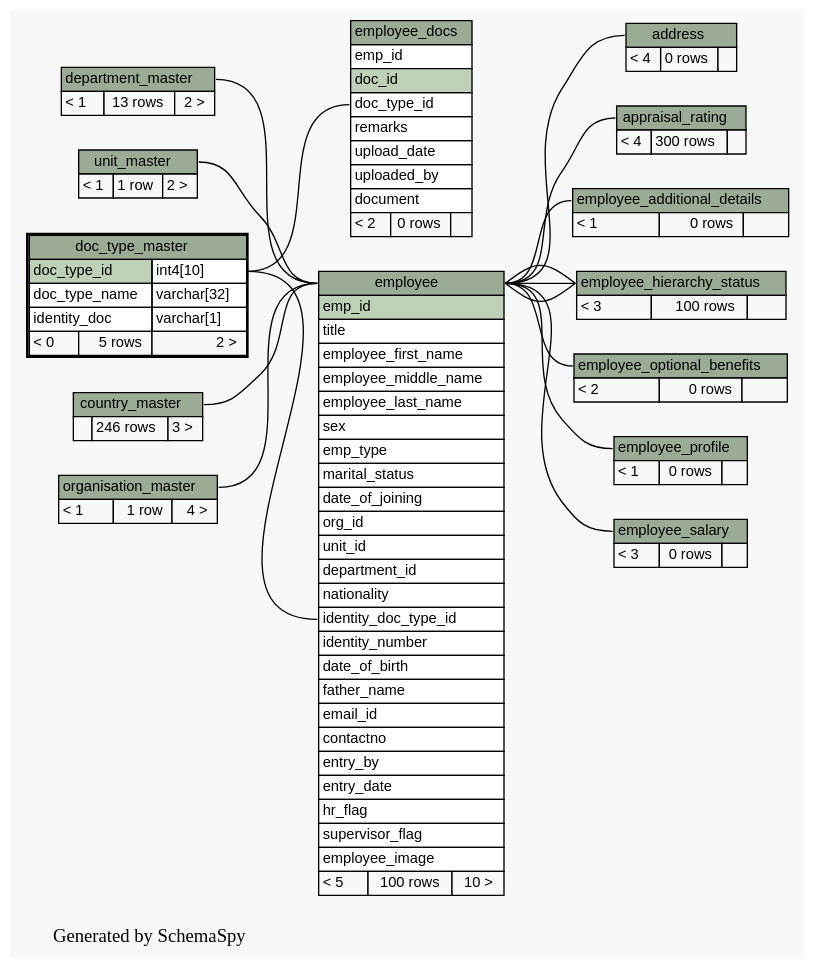
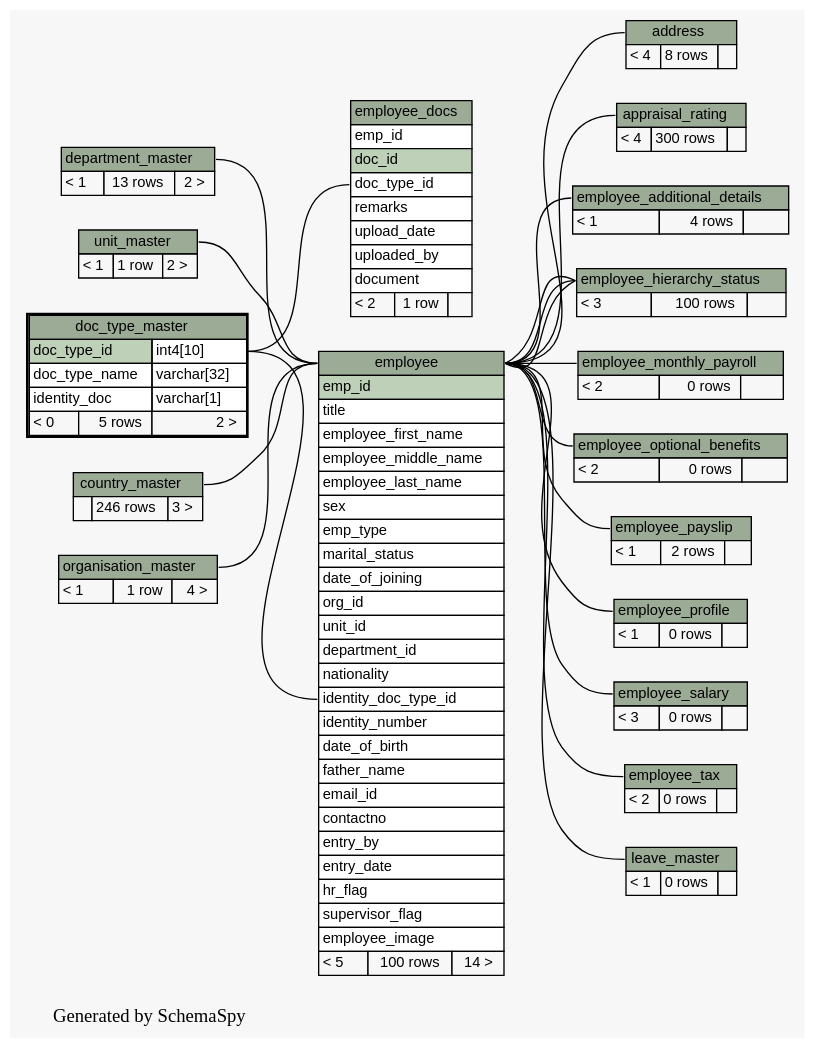
One commit to engineerscraft/hrms changed the diagram in docs/database/schemaspy/graphs/doc_type_master.2degrees.dot. Above: the diagram before and after it, drawn with Graphviz. The commit also changed 235 other files, not shown here.

Commit message:
Updated schemaspy

```diff
--- a/docs/database/schemaspy/graphs/doc_type_master.2degrees.dot
+++ b/docs/database/schemaspy/graphs/doc_type_master.2degrees.dot
@@ -1,4 +1,4 @@
-// dot 2.38.0 on Windows 7 6.1
+// dot 2.38.0 on Windows 8.1 6.3
 digraph "twoDegreesRelationshipsGraph" {
   graph [
     rankdir="RL"
@@ -26,14 +26,18 @@
   "employee_hierarchy_status":"employee_hierarchy_status.heading":w -> "employee":"employee.heading":e [arrowtail=tee arrowhead=none];
   "employee_hierarchy_status":"employee_hierarchy_status.heading":w -> "employee":"employee.heading":e [arrowtail=crowodot arrowhead=none];
   "employee_hierarchy_status":"employee_hierarchy_status.heading":w -> "employee":"employee.heading":e [arrowtail=crowodot arrowhead=none];
+  "employee_monthly_payroll":"employee_monthly_payroll.heading":w -> "employee":"employee.heading":e [arrowtail=crowodot arrowhead=none];
   "employee_optional_benefits":"employee_optional_benefits.heading":w -> "employee":"employee.heading":e [arrowtail=crowodot arrowhead=none];
+  "employee_payslip":"employee_payslip.heading":w -> "employee":"employee.heading":e [arrowtail=crowodot arrowhead=none];
   "employee_profile":"employee_profile.heading":w -> "employee":"employee.heading":e [arrowtail=tee arrowhead=none];
   "employee_salary":"employee_salary.heading":w -> "employee":"employee.heading":e [arrowtail=crowtee arrowhead=none];
+  "employee_tax":"employee_tax.heading":w -> "employee":"employee.heading":e [arrowtail=crowtee arrowhead=none];
+  "leave_master":"leave_master.heading":w -> "employee":"employee.heading":e [arrowtail=tee arrowhead=none];
   "address" [
     label=<
     <TABLE BORDER="0" CELLBORDER="1" CELLSPACING="0" BGCOLOR="#ffffff">
       <TR><TD PORT="address.heading" COLSPAN="3" BGCOLOR="#9bab96" ALIGN="CENTER">address</TD></TR>
-      <TR><TD ALIGN="LEFT" BGCOLOR="#f7f7f7">&lt; 4</TD><TD ALIGN="RIGHT" BGCOLOR="#f7f7f7">0 rows</TD><TD ALIGN="RIGHT" BGCOLOR="#f7f7f7">  </TD></TR>
+      <TR><TD ALIGN="LEFT" BGCOLOR="#f7f7f7">&lt; 4</TD><TD ALIGN="RIGHT" BGCOLOR="#f7f7f7">8 rows</TD><TD ALIGN="RIGHT" BGCOLOR="#f7f7f7">  </TD></TR>
     </TABLE>>
     URL="address.html#graph"
     tooltip="address"
@@ -105,7 +109,7 @@
       <TR><TD PORT="hr_flag" COLSPAN="3" ALIGN="LEFT">hr_flag</TD></TR>
       <TR><TD PORT="supervisor_flag" COLSPAN="3" ALIGN="LEFT">supervisor_flag</TD></TR>
       <TR><TD PORT="employee_image" COLSPAN="3" ALIGN="LEFT">employee_image</TD></TR>
-      <TR><TD ALIGN="LEFT" BGCOLOR="#f7f7f7">&lt; 5</TD><TD ALIGN="RIGHT" BGCOLOR="#f7f7f7">100 rows</TD><TD ALIGN="RIGHT" BGCOLOR="#f7f7f7">10 &gt;</TD></TR>
+      <TR><TD ALIGN="LEFT" BGCOLOR="#f7f7f7">&lt; 5</TD><TD ALIGN="RIGHT" BGCOLOR="#f7f7f7">100 rows</TD><TD ALIGN="RIGHT" BGCOLOR="#f7f7f7">14 &gt;</TD></TR>
     </TABLE>>
     URL="employee.html#graph"
     tooltip="employee"
@@ -114,7 +118,7 @@
     label=<
     <TABLE BORDER="0" CELLBORDER="1" CELLSPACING="0" BGCOLOR="#ffffff">
       <TR><TD PORT="employee_additional_details.heading" COLSPAN="3" BGCOLOR="#9bab96" ALIGN="CENTER">employee_additional_details</TD></TR>
-      <TR><TD ALIGN="LEFT" BGCOLOR="#f7f7f7">&lt; 1</TD><TD ALIGN="RIGHT" BGCOLOR="#f7f7f7">0 rows</TD><TD ALIGN="RIGHT" BGCOLOR="#f7f7f7">  </TD></TR>
+      <TR><TD ALIGN="LEFT" BGCOLOR="#f7f7f7">&lt; 1</TD><TD ALIGN="RIGHT" BGCOLOR="#f7f7f7">4 rows</TD><TD ALIGN="RIGHT" BGCOLOR="#f7f7f7">  </TD></TR>
     </TABLE>>
     URL="employee_additional_details.html#graph"
     tooltip="employee_additional_details"
@@ -130,7 +134,7 @@
       <TR><TD PORT="upload_date" COLSPAN="3" ALIGN="LEFT">upload_date</TD></TR>
       <TR><TD PORT="uploaded_by" COLSPAN="3" ALIGN="LEFT">uploaded_by</TD></TR>
       <TR><TD PORT="document" COLSPAN="3" ALIGN="LEFT">document</TD></TR>
-      <TR><TD ALIGN="LEFT" BGCOLOR="#f7f7f7">&lt; 2</TD><TD ALIGN="RIGHT" BGCOLOR="#f7f7f7">0 rows</TD><TD ALIGN="RIGHT" BGCOLOR="#f7f7f7">  </TD></TR>
+      <TR><TD ALIGN="LEFT" BGCOLOR="#f7f7f7">&lt; 2</TD><TD ALIGN="RIGHT" BGCOLOR="#f7f7f7">1 row</TD><TD ALIGN="RIGHT" BGCOLOR="#f7f7f7">  </TD></TR>
     </TABLE>>
     URL="employee_docs.html#graph"
     tooltip="employee_docs"
@@ -144,6 +148,15 @@
     URL="employee_hierarchy_status.html#graph"
     tooltip="employee_hierarchy_status"
   ];
+  "employee_monthly_payroll" [
+    label=<
+    <TABLE BORDER="0" CELLBORDER="1" CELLSPACING="0" BGCOLOR="#ffffff">
+      <TR><TD PORT="employee_monthly_payroll.heading" COLSPAN="3" BGCOLOR="#9bab96" ALIGN="CENTER">employee_monthly_payroll</TD></TR>
+      <TR><TD ALIGN="LEFT" BGCOLOR="#f7f7f7">&lt; 2</TD><TD ALIGN="RIGHT" BGCOLOR="#f7f7f7">0 rows</TD><TD ALIGN="RIGHT" BGCOLOR="#f7f7f7">  </TD></TR>
+    </TABLE>>
+    URL="employee_monthly_payroll.html#graph"
+    tooltip="employee_monthly_payroll"
+  ];
   "employee_optional_benefits" [
     label=<
     <TABLE BORDER="0" CELLBORDER="1" CELLSPACING="0" BGCOLOR="#ffffff">
@@ -152,6 +165,15 @@
     </TABLE>>
     URL="employee_optional_benefits.html#graph"
     tooltip="employee_optional_benefits"
+  ];
+  "employee_payslip" [
+    label=<
+    <TABLE BORDER="0" CELLBORDER="1" CELLSPACING="0" BGCOLOR="#ffffff">
+      <TR><TD PORT="employee_payslip.heading" COLSPAN="3" BGCOLOR="#9bab96" ALIGN="CENTER">employee_payslip</TD></TR>
+      <TR><TD ALIGN="LEFT" BGCOLOR="#f7f7f7">&lt; 1</TD><TD ALIGN="RIGHT" BGCOLOR="#f7f7f7">2 rows</TD><TD ALIGN="RIGHT" BGCOLOR="#f7f7f7">  </TD></TR>
+    </TABLE>>
+    URL="employee_payslip.html#graph"
+    tooltip="employee_payslip"
   ];
   "employee_profile" [
     label=<
@@ -170,6 +192,24 @@
     </TABLE>>
     URL="employee_salary.html#graph"
     tooltip="employee_salary"
+  ];
+  "employee_tax" [
+    label=<
+    <TABLE BORDER="0" CELLBORDER="1" CELLSPACING="0" BGCOLOR="#ffffff">
+      <TR><TD PORT="employee_tax.heading" COLSPAN="3" BGCOLOR="#9bab96" ALIGN="CENTER">employee_tax</TD></TR>
+      <TR><TD ALIGN="LEFT" BGCOLOR="#f7f7f7">&lt; 2</TD><TD ALIGN="RIGHT" BGCOLOR="#f7f7f7">0 rows</TD><TD ALIGN="RIGHT" BGCOLOR="#f7f7f7">  </TD></TR>
+    </TABLE>>
+    URL="employee_tax.html#graph"
+    tooltip="employee_tax"
+  ];
+  "leave_master" [
+    label=<
+    <TABLE BORDER="0" CELLBORDER="1" CELLSPACING="0" BGCOLOR="#ffffff">
+      <TR><TD PORT="leave_master.heading" COLSPAN="3" BGCOLOR="#9bab96" ALIGN="CENTER">leave_master</TD></TR>
+      <TR><TD ALIGN="LEFT" BGCOLOR="#f7f7f7">&lt; 1</TD><TD ALIGN="RIGHT" BGCOLOR="#f7f7f7">0 rows</TD><TD ALIGN="RIGHT" BGCOLOR="#f7f7f7">  </TD></TR>
+    </TABLE>>
+    URL="leave_master.html#graph"
+    tooltip="leave_master"
   ];
   "organisation_master" [
     label=<
```
